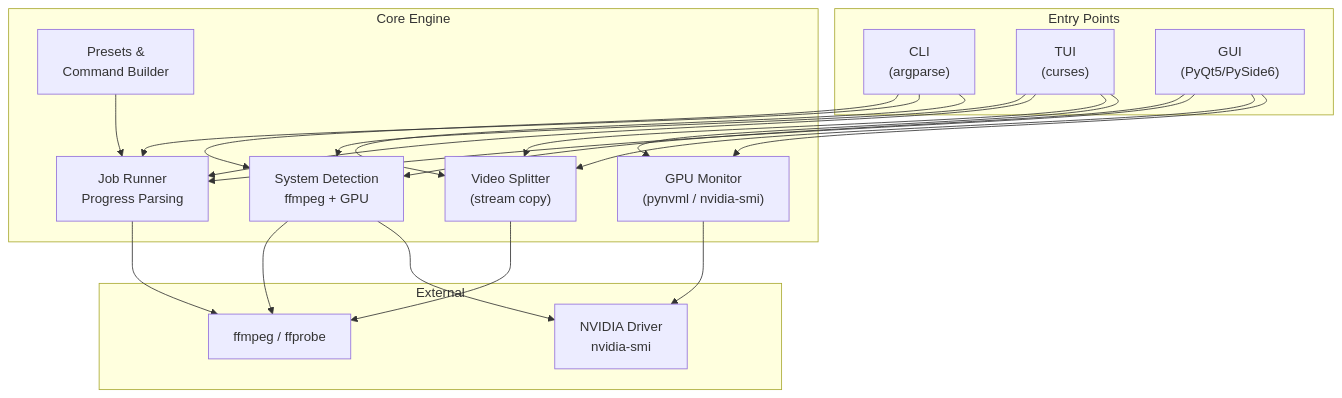
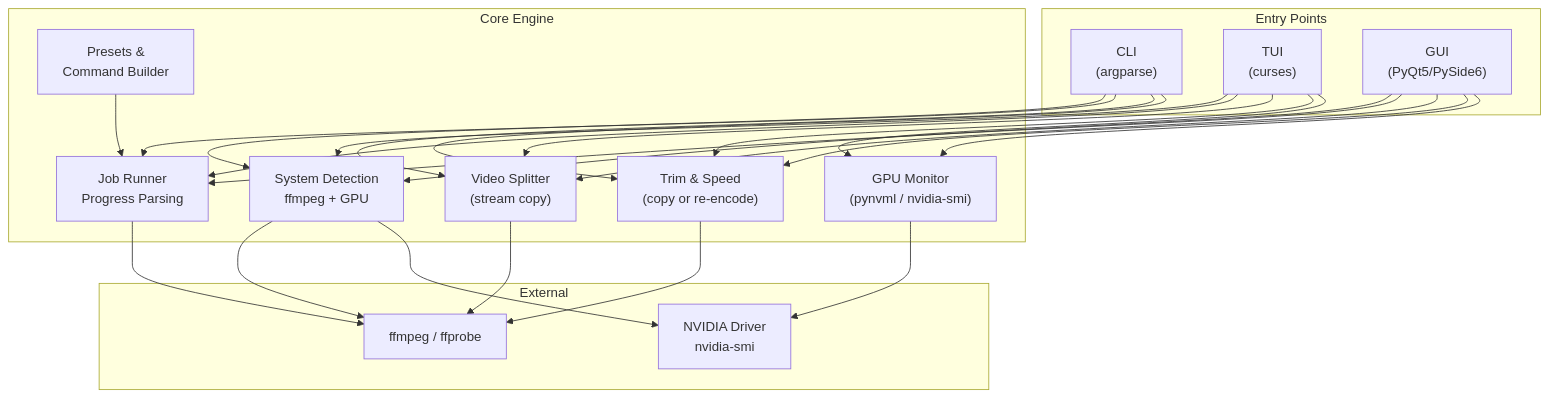
One commit to itsDigvijaysing/Video_Converter_Tool changed the first of 5 diagrams in README.md. Above: the diagram before and after it, drawn with Mermaid. The commit also changed other lines of this file and 5 other files, not shown here.

````diff
--- a/README.md
+++ b/README.md
@@ -36,42 +68,48 @@
 ```mermaid
 flowchart TB
     subgraph Entry["Entry Points"]
         CLI["CLI<br/>(argparse)"]
         TUI["TUI<br/>(curses)"]
         GUI["GUI<br/>(PyQt5/PySide6)"]
     end
 
     subgraph Core["Core Engine"]
         DET["System Detection<br/>ffmpeg + GPU"]
         PRE["Presets &<br/>Command Builder"]
         JOB["Job Runner<br/>Progress Parsing"]
         SPL["Video Splitter<br/>(stream copy)"]
+        EDT["Trim & Speed<br/>(copy or re-encode)"]
         GPU["GPU Monitor<br/>(pynvml / nvidia-smi)"]
     end
 
     subgraph External["External"]
         FF["ffmpeg / ffprobe"]
         NV["NVIDIA Driver<br/>nvidia-smi"]
     end
 
     CLI --> DET
     TUI --> DET
     GUI --> DET
 
     CLI --> JOB
     TUI --> JOB
     GUI --> JOB
 
     CLI --> SPL
     TUI --> SPL
     GUI --> SPL
 
+    CLI --> EDT
+    TUI --> EDT
+    GUI --> EDT
+
     DET --> FF
     DET --> NV
     PRE --> JOB
     JOB --> FF
     SPL --> FF
+    EDT --> FF
     GPU --> NV
     GUI --> GPU
     TUI --> GPU
 ```
````
